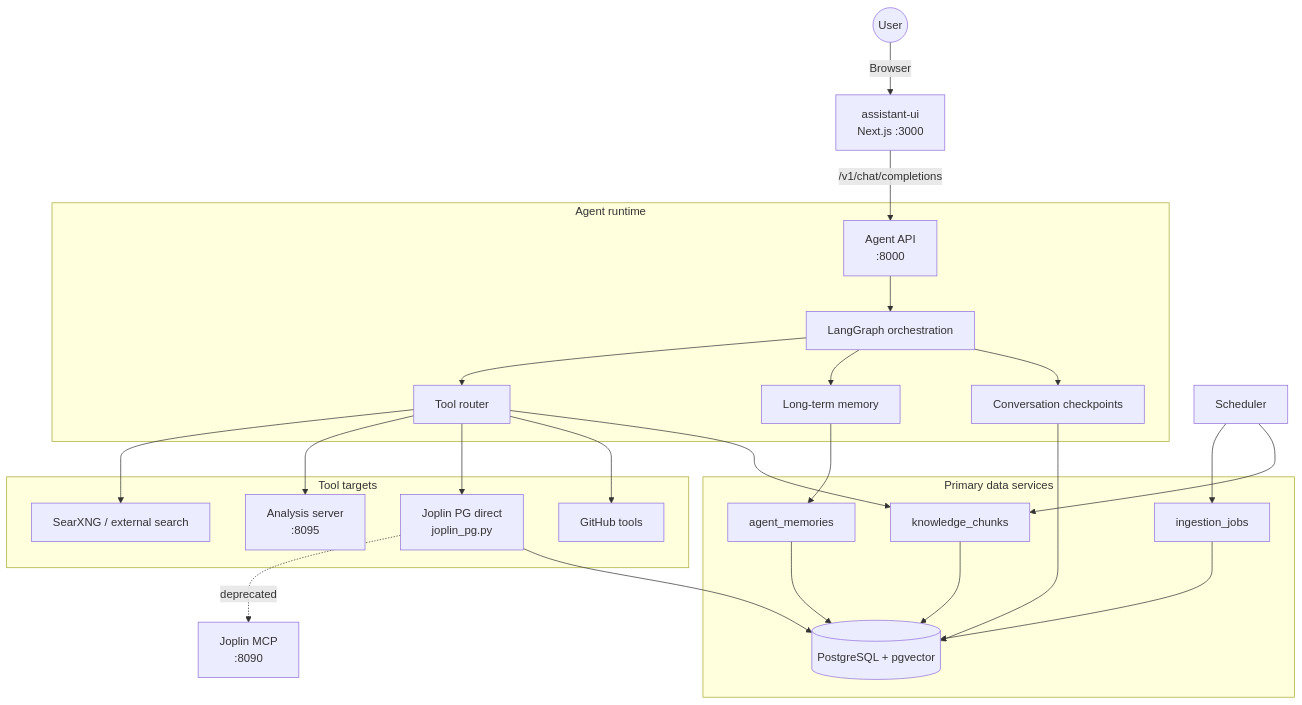
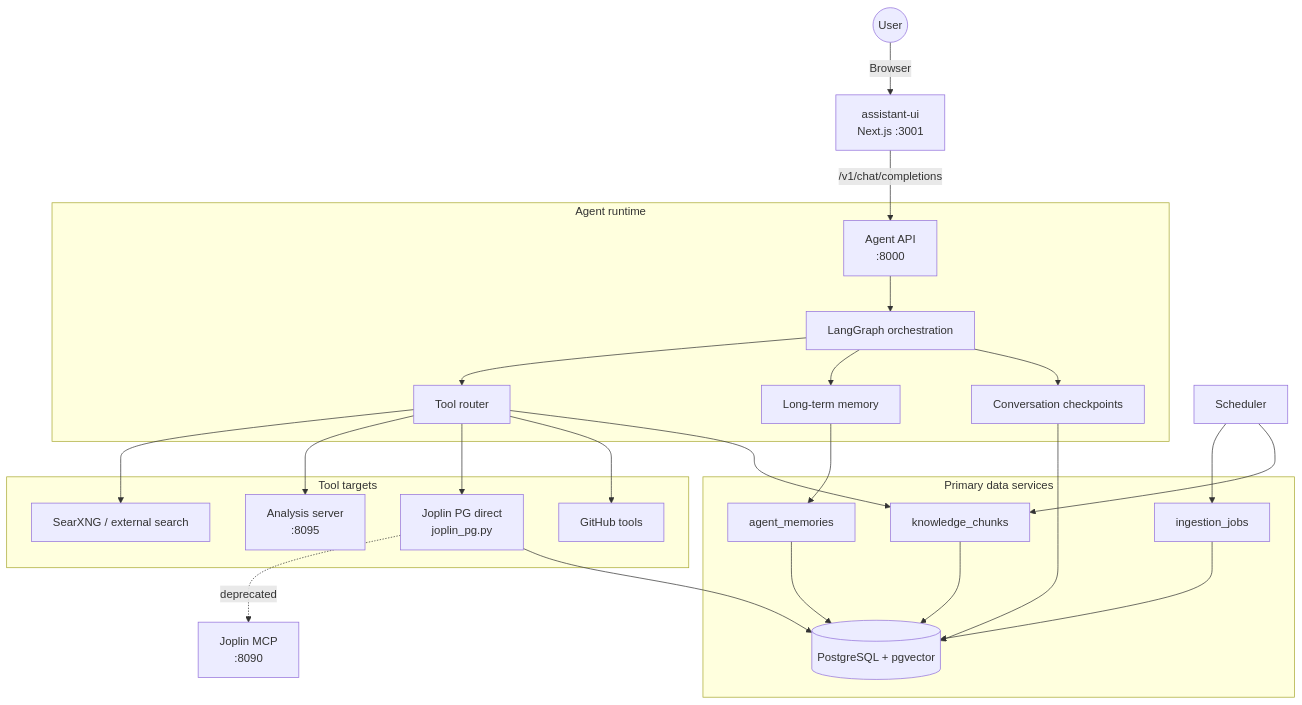
The diagram in ARCHITECTURE.md (Ch3w3y/parsnip-ai), drawn with Mermaid before and after one commit. The commit also changed 33 other files, not shown here.

````diff
--- a/ARCHITECTURE.md
+++ b/ARCHITECTURE.md
@@ -9,38 +9,38 @@
 ```mermaid
 flowchart TD
-    User((User)) -->|Browser| FE[assistant-ui<br/>Next.js :3000]
+    User((User)) -->|Browser| FE[assistant-ui<br/>Next.js :3001]
     FE -->|/v1/chat/completions| Agent[Agent API<br/>:8000]
 
     subgraph Runtime[Agent runtime]
         Agent --> Graph[LangGraph orchestration]
         Graph --> Tools[Tool router]
         Graph --> Memory[Long-term memory]
         Graph --> Checkpoints[Conversation checkpoints]
     end
 
     subgraph Data[Primary data services]
         PG[(PostgreSQL + pgvector)]
         KB[knowledge_chunks]
         Jobs[ingestion_jobs]
         AM[agent_memories]
     end
 
     subgraph Integrations[Tool targets]
         Tools --> Search[SearXNG / external search]
         Tools --> Analysis[Analysis server<br/>:8095]
         Tools --> JoplinPG[Joplin PG direct<br/>joplin_pg.py]
         Tools --> GitHub[GitHub tools]
     end
 
     JoplinPG -.->|deprecated| JMCP[Joplin MCP<br/>:8090]
     JoplinPG --> PG
 
     Memory --> AM
     Checkpoints --> PG
     Tools --> KB
     Scheduler[Scheduler] --> Jobs
     Scheduler --> KB
     KB --> PG
     Jobs --> PG
     AM --> PG
 ```
````
